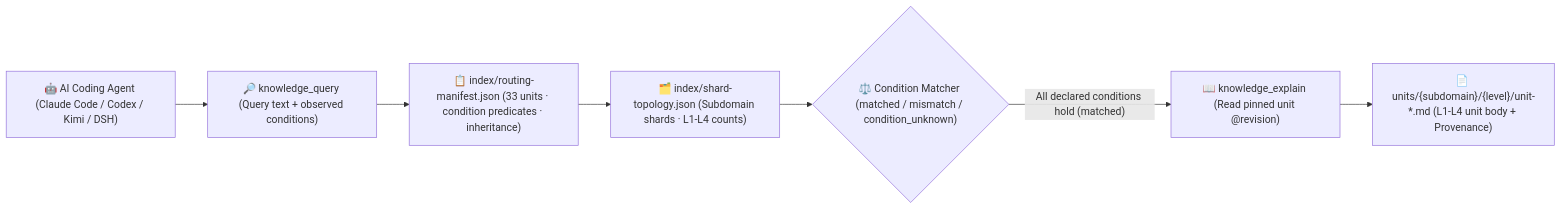
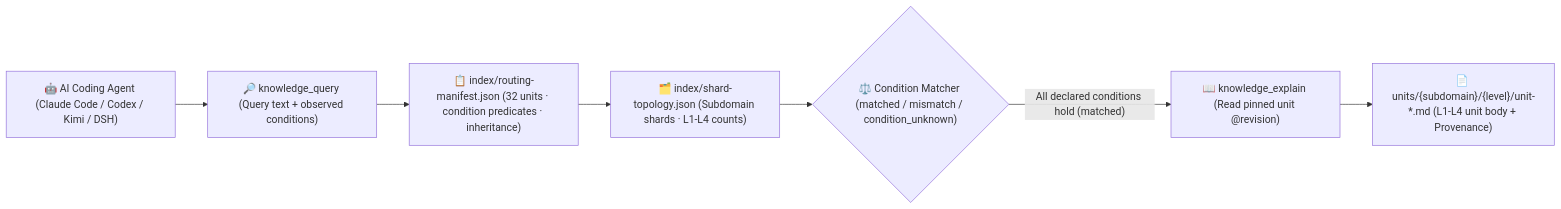
The diagram in README.en.md (mindie-agent/knowledge-agent-engineering), drawn with Mermaid before and after one commit. The commit also changed other lines of this file and 4 other files, not shown here.

````diff
--- a/README.en.md
+++ b/README.en.md
@@ -97,13 +97,13 @@
 ```mermaid
 flowchart LR
   Agent["🤖 AI Coding Agent (Claude Code / Codex / Kimi / DSH)"]
   Query["🔎 knowledge_query (Query text + observed conditions)"]
-  Manifest["📋 index/routing-manifest.json (33 units · condition predicates · inheritance)"]
+  Manifest["📋 index/routing-manifest.json (32 units · condition predicates · inheritance)"]
   Topology["🗂️ index/shard-topology.json (Subdomain shards · L1-L4 counts)"]
   Match{"⚖️ Condition Matcher (matched / mismatch / condition_unknown)"}
   Explain["📖 knowledge_explain (Read pinned unit @revision)"]
   Units["📄 units/{subdomain}/{level}/unit-*.md (L1-L4 unit body + Provenance)"]
 
   Agent --> Query --> Manifest --> Topology --> Match
   Match -- "All declared conditions hold (matched)" --> Explain --> Units
 ```
````
